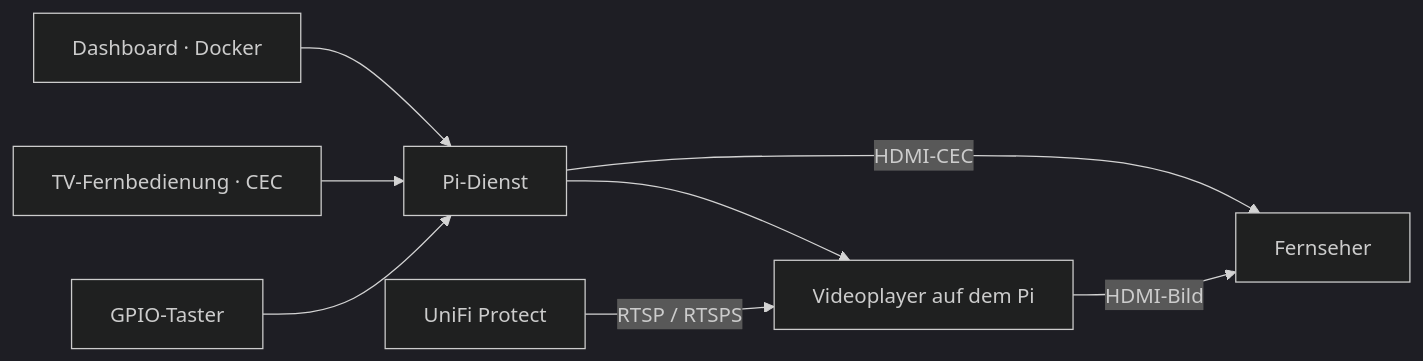
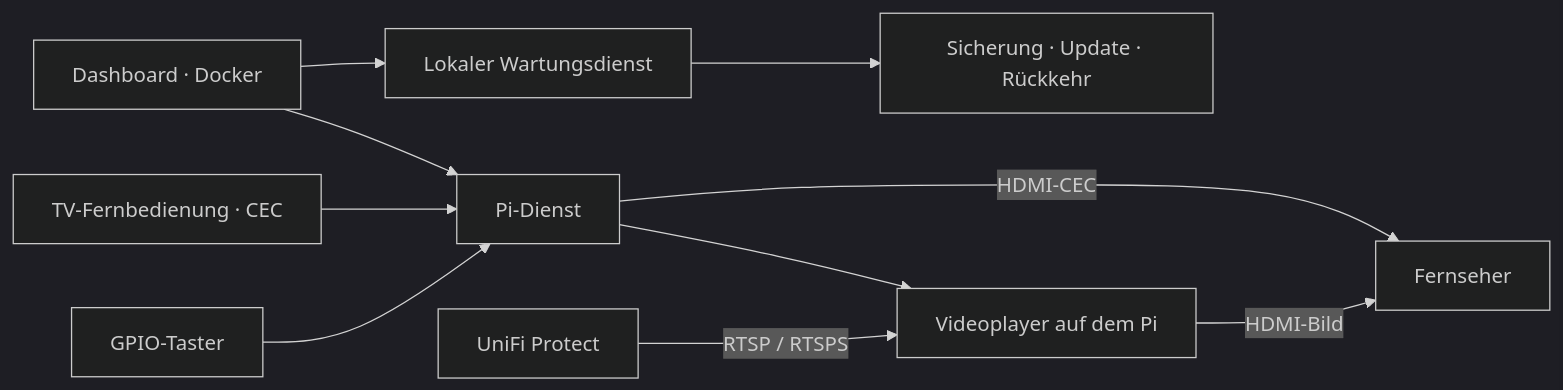
The diagram in README.md (loserat/kamerablick), drawn with Mermaid (dark theme) before and after one commit. The commit also changed other lines of this file and 26 other files, not shown here.

````diff
--- a/README.md
+++ b/README.md
@@ -93,10 +98,12 @@
 ```mermaid
 flowchart LR
     Button["GPIO-Taster"] --> Pi["Pi-Dienst"]
     Remote["TV-Fernbedienung · CEC"] --> Pi
     Dashboard["Dashboard · Docker"] --> Pi
+    Dashboard --> Maintenance["Lokaler Wartungsdienst"]
+    Maintenance --> Update["Sicherung · Update · Rückkehr"]
     Protect["UniFi Protect"] -->|"RTSP / RTSPS"| Player["Videoplayer auf dem Pi"]
     Pi --> Player
     Pi -->|"HDMI-CEC"| TV["Fernseher"]
     Player -->|"HDMI-Bild"| TV
 ```
````
